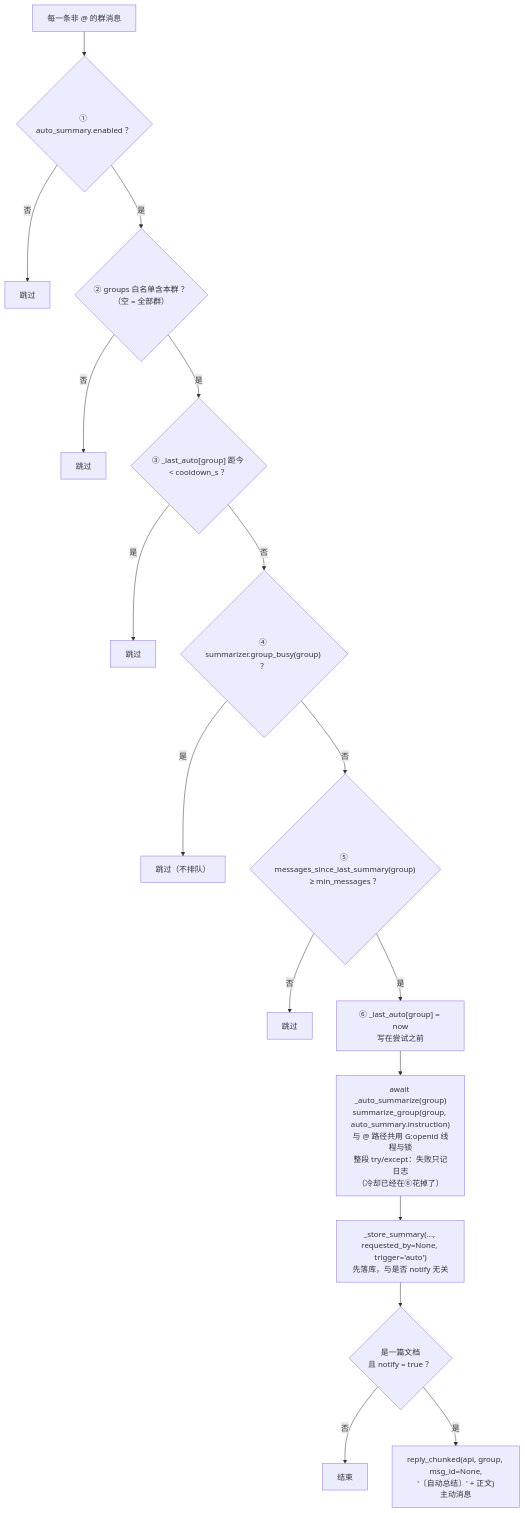
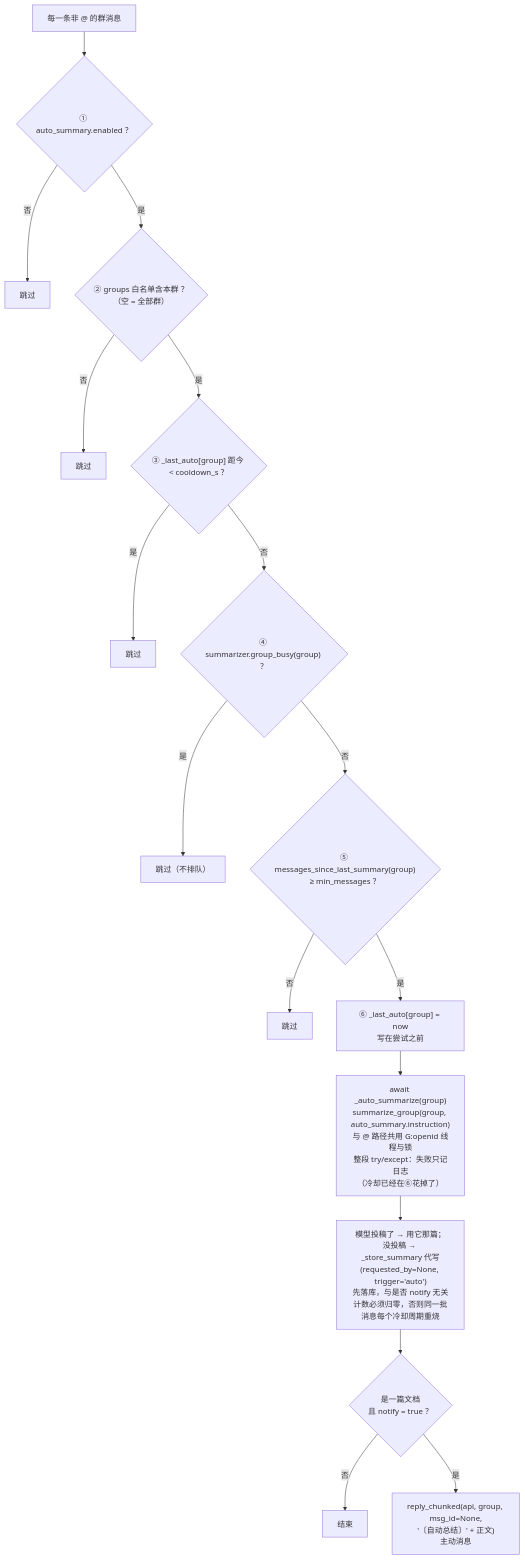
One commit to ttzc/QQ_Summarizer_bot changed the sixth of 8 diagrams in docs/ARCHITECTURE.md. Above: the diagram before and after it, drawn with Mermaid. The commit also changed other lines of this file and 20 other files, not shown here.

````diff
--- a/docs/ARCHITECTURE.md
+++ b/docs/ARCHITECTURE.md
@@ -144,19 +144,19 @@
 ```mermaid
 flowchart TB
     MSG["每一条非 @ 的群消息"] --> C1{"① auto_summary.enabled ？"}
     C1 -->|"否"| SKIP1["跳过"]
     C1 -->|"是"| C2{"② groups 白名单含本群 ？<br/>（空 = 全部群）"}
     C2 -->|"否"| SKIP2["跳过"]
     C2 -->|"是"| C3{"③ _last_auto[group] 距今 < cooldown_s ？"}
     C3 -->|"是"| SKIP3["跳过"]
     C3 -->|"否"| C4{"④ summarizer.group_busy(group) ？"}
     C4 -->|"是"| SKIP4["跳过（不排队）"]
     C4 -->|"否"| C5{"⑤ messages_since_last_summary(group)<br/>≥ min_messages ？"}
     C5 -->|"否"| SKIP5["跳过"]
     C5 -->|"是"| MARK["⑥ _last_auto[group] = now<br/>写在尝试之前"]
     MARK --> RUN["await _auto_summarize(group)<br/>summarize_group(group, auto_summary.instruction)<br/>与 @ 路径共用 G:openid 线程与锁<br/>整段 try/except：失败只记日志<br/>（冷却已经在⑥花掉了）"]
-    RUN --> STORE["_store_summary(..., requested_by=None, trigger='auto')<br/>先落库，与是否 notify 无关"]
+    RUN --> STORE["模型投稿了 → 用它那篇；没投稿 → _store_summary 代写<br/>(requested_by=None, trigger='auto')<br/>先落库，与是否 notify 无关<br/>计数必须归零，否则同一批消息每个冷却周期重烧"]
     STORE --> NDOC{"是一篇文档<br/>且 notify = true ？"}
     NDOC -->|"否"| END1["结束"]
     NDOC -->|"是"| PUSH["reply_chunked(api, group, msg_id=None,<br/>'〔自动总结〕' + 正文)<br/>主动消息"]
 ```
````
